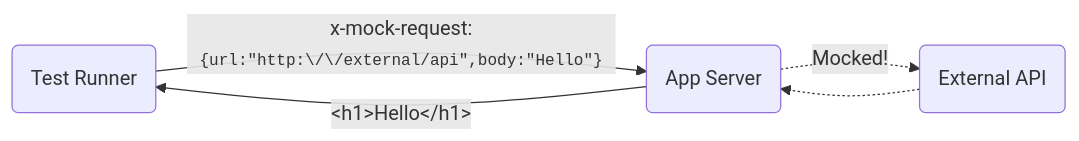
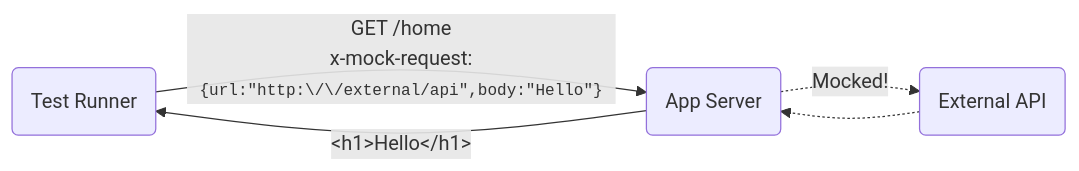
Before and after one commit to vitalets/request-mocking-protocol: the diagram in README.md, drawn with Mermaid. The commit also changed other lines of this file, not shown here.

````diff
--- a/README.md
+++ b/README.md
@@ -43,7 +43,7 @@
 ```mermaid
 flowchart LR;
-    A(Test Runner) -- "x-mock-request:<br><code style='font-size: 0.8em;padding: 0 10px'>{url:#quot;http:\/\/external/api#quot;,body:#quot;Hello#quot;}</code></span>" --> B(App Server);
+    A(Test Runner) -- "GET /home<br>x-mock-request:<br><code style='font-size: 0.8em;padding: 0 10px'>{url:#quot;http:\/\/external/api#quot;,body:#quot;Hello#quot;}</code></span>" --> B(App Server);
     B -- &lt;h1&gt;Hello&lt;/h1&gt; --> A;
     B -. Mocked! .-> C(External API);
     C -.-> B;
 ```    
````
